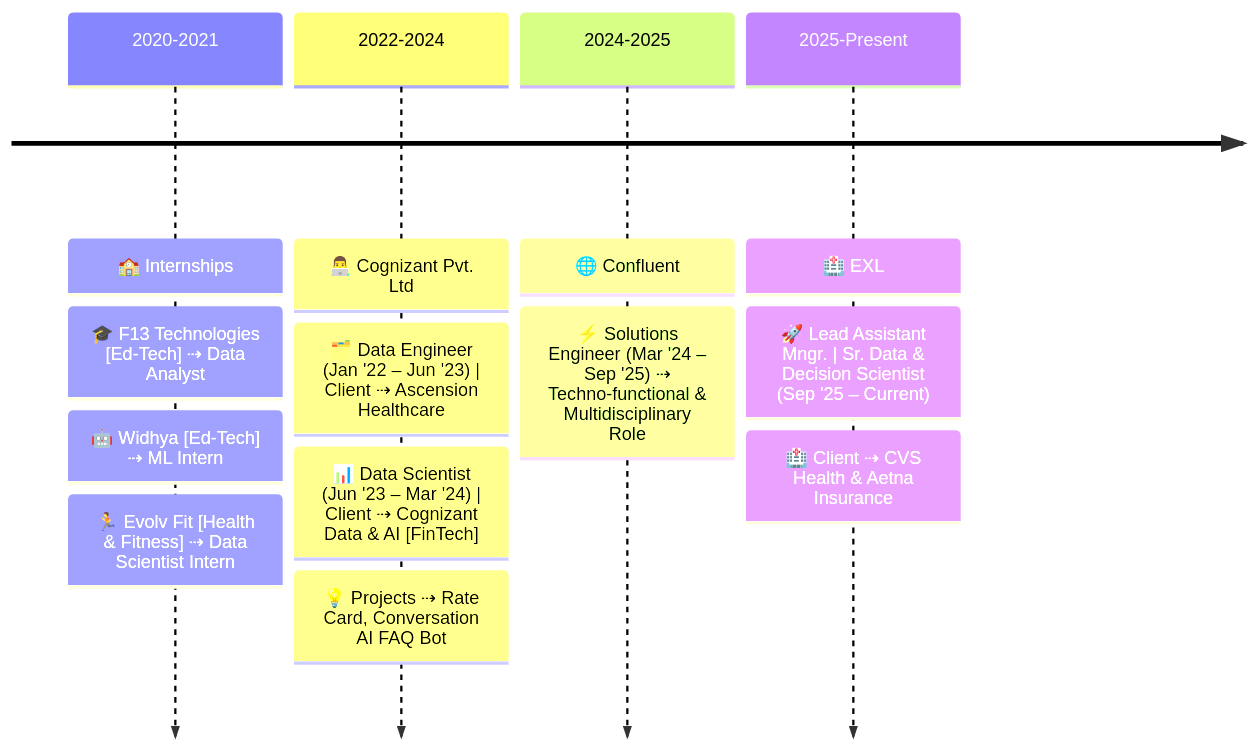
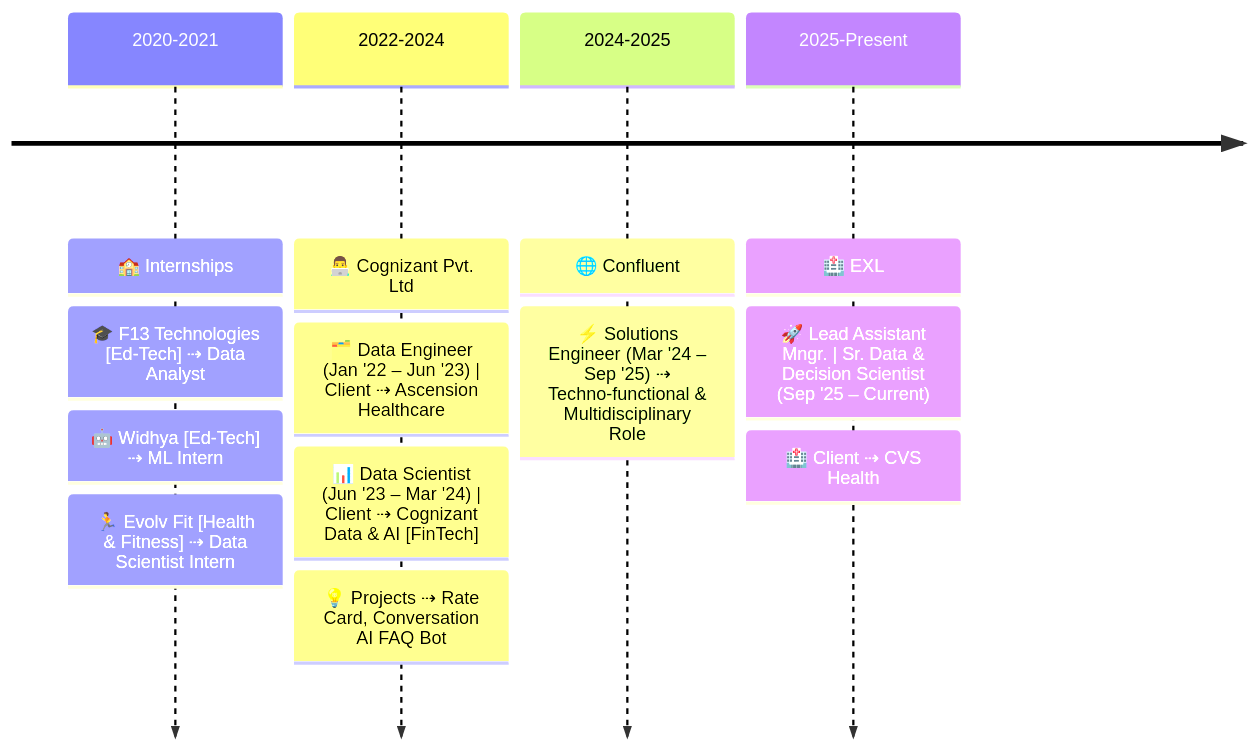
Before and after one commit to KunalAnand2907/KunalAnand2907: the diagram in README.md, drawn with Mermaid. The commit also changed other lines of this file, not shown here.

````diff
--- a/README.md
+++ b/README.md
@@ -237,20 +237,20 @@
 ```mermaid
 timeline
 
     2020-2021 : 🏫 Internships
         : 🎓 F13 Technologies [Ed-Tech] ⇢ Data Analyst
         : 🤖 Widhya [Ed-Tech] ⇢ ML Intern
         : 🏃 Evolv Fit [Health & Fitness] ⇢ Data Scientist Intern
 
     2022-2024 : 👨‍💻 Cognizant Pvt. Ltd
         : 🗂️ Data Engineer (Jan '22 – Jun '23) | Client ⇢ Ascension Healthcare
         : 📊 Data Scientist (Jun '23 – Mar '24) | Client ⇢ Cognizant Data & AI [FinTech]
         : 💡 Projects ⇢ Rate Card, Conversation AI FAQ Bot
 
     2024-2025 : 🌐 Confluent
         : ⚡ Solutions Engineer (Mar '24 – Sep '25) ⇢ Techno-functional & Multidisciplinary Role
 
     2025-Present : 🏥 EXL
         : 🚀 Lead Assistant Mngr. | Sr. Data & Decision Scientist (Sep '25 – Current)
-        : 🏥 Client ⇢ CVS Health & Aetna Insurance
+        : 🏥 Client ⇢ CVS Health
  ```
````
